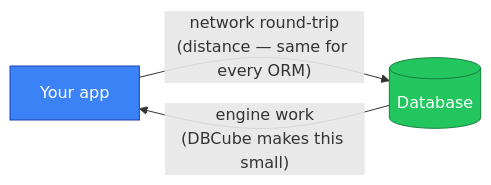
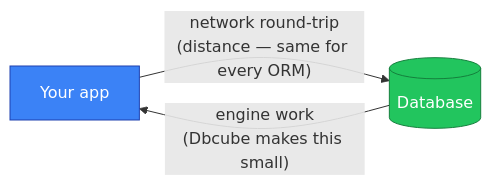
The diagram in content/5.performance/3.where-speed-shows.md (Dbcube/website), drawn with Mermaid before and after one commit. The commit also changed other lines of this file and 28 other files, not shown here.

````diff
--- a/content/5.performance/3.where-speed-shows.md
+++ b/content/5.performance/3.where-speed-shows.md
@@ -24,7 +24,7 @@
 ```mermaid
 flowchart LR
     A["Your app"] -- "network round-trip<br/>(distance — same for every ORM)" --> D[("Database")]
-    D -- "engine work<br/>(DBCube makes this small)" --> A
+    D -- "engine work<br/>(Dbcube makes this small)" --> A
     style A fill:#3B82F6,stroke:#1E40AF,color:#fff
     style D fill:#22C55E,stroke:#15803D,color:#fff
 ```
````
